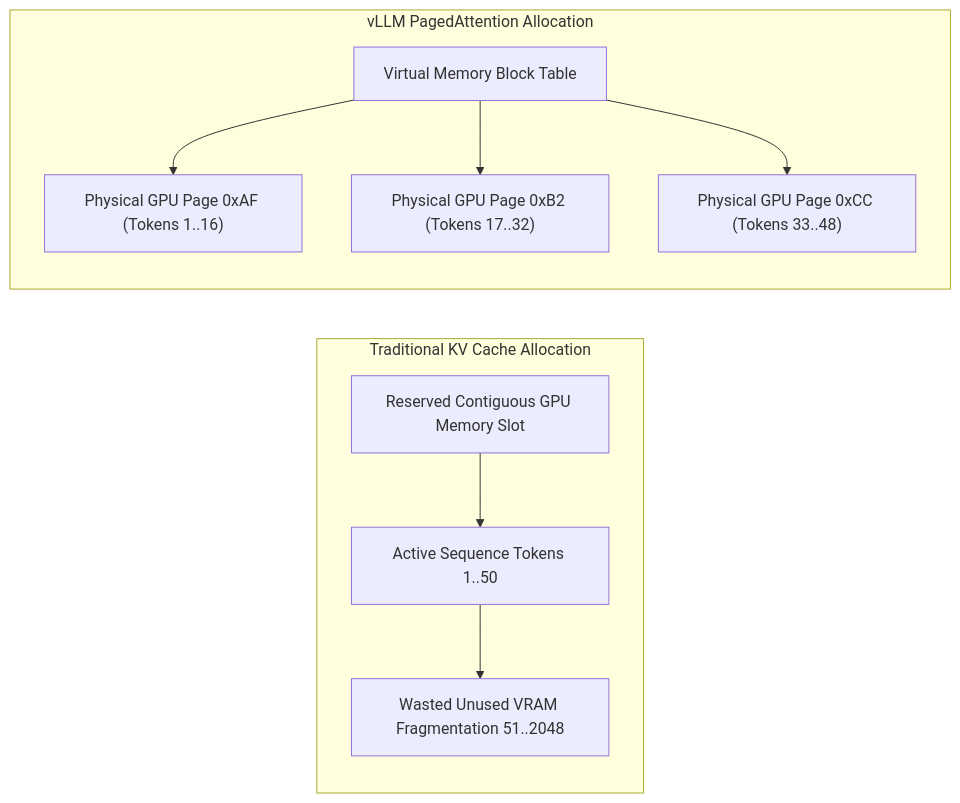
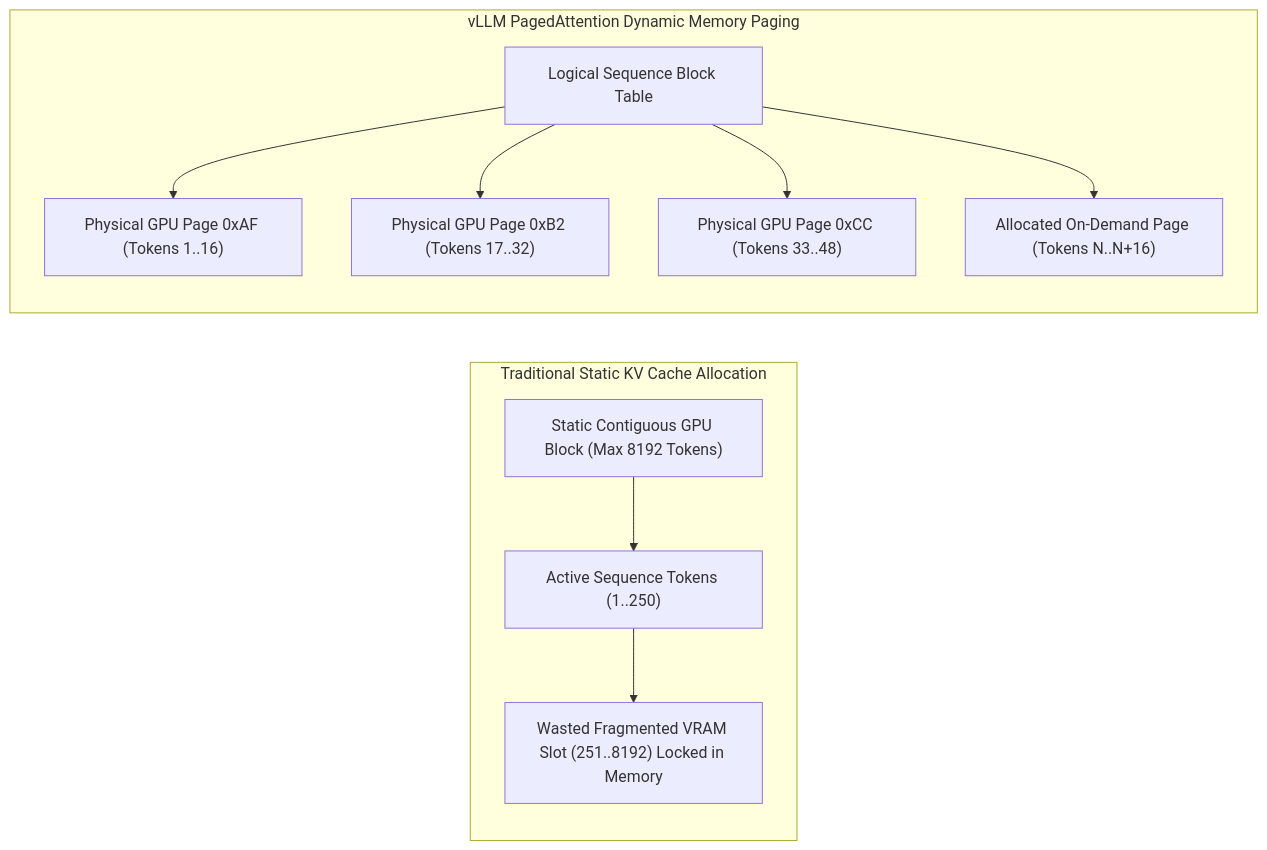
Before and after one commit to vesviet/vesviet: the first of 2 diagrams in content/series/ai-data-engineering-pipeline/part-8-inference-optimization-vllm.md, drawn with Mermaid. The commit also changed other lines of this file and 13 other files, not shown here.

````diff
--- a/content/series/ai-data-engineering-pipeline/part-8-inference-optimization-vllm.md
+++ b/content/series/ai-data-engineering-pipeline/part-8-inference-optimization-vllm.md
@@ -38,13 +41,14 @@
 ```mermaid
 graph LR
-    subgraph Traditional KV Cache Allocation
-        A1["Reserved Contiguous GPU Memory Slot"] --> B1["Active Sequence Tokens 1..50"]
-        B1 --> C1["Wasted Unused VRAM Fragmentation 51..2048"]
+    subgraph Traditional_KV_Allocation ["Traditional Static KV Cache Allocation"]
+        A1["Static Contiguous GPU Block (Max 8192 Tokens)"] --> B1["Active Sequence Tokens (1..250)"]
+        B1 --> C1["Wasted Fragmented VRAM Slot (251..8192) Locked in Memory"]
     end
 
-    subgraph vLLM_PagedAttention_Allocation ["vLLM PagedAttention Allocation"]
-        A2["Virtual Memory Block Table"] --> Page1["Physical GPU Page 0xAF (Tokens 1..16)"]
+    subgraph PagedAttention_Allocation ["vLLM PagedAttention Dynamic Memory Paging"]
+        A2["Logical Sequence Block Table"] --> Page1["Physical GPU Page 0xAF (Tokens 1..16)"]
         A2 --> Page2["Physical GPU Page 0xB2 (Tokens 17..32)"]
         A2 --> Page3["Physical GPU Page 0xCC (Tokens 33..48)"]
+        A2 --> PageN["Allocated On-Demand Page (Tokens N..N+16)"]
     end
 ```
````
